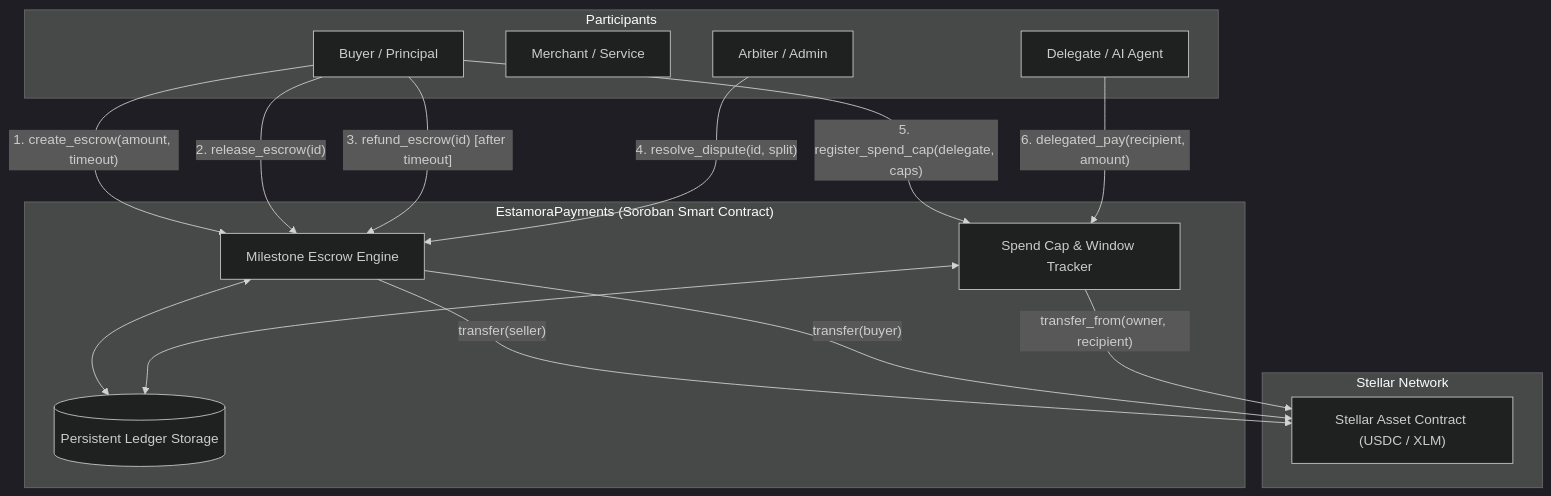
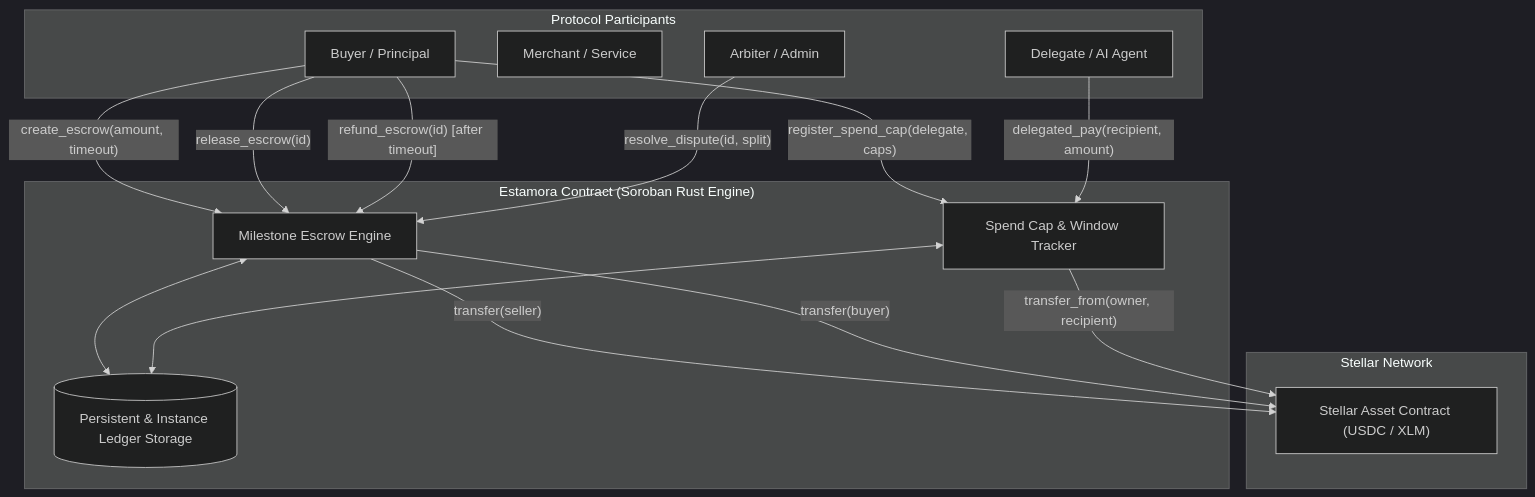
One commit to Estamora-Soroban-Layers/estamora-contracts changed the diagram in README.md. Above: the diagram before and after it, drawn with Mermaid (dark theme). The commit also changed other lines of this file and 2 other files, not shown here.

Commit message:
docs: add product operational screenshots and expand detailed architecture in README

````diff
--- a/README.md
+++ b/README.md
@@ -31,32 +47,32 @@
 ```mermaid
 flowchart TD
-    subgraph Users["Participants"]
+    subgraph Users["Protocol Participants"]
         Buyer["Buyer / Principal"]
         Seller["Merchant / Service"]
         Agent["Delegate / AI Agent"]
         Admin["Arbiter / Admin"]
     end
 
-    subgraph Contract["EstamoraPayments (Soroban Smart Contract)"]
+    subgraph Contract["Estamora Contract (Soroban Rust Engine)"]
         EscrowEngine["Milestone Escrow Engine"]
         SpendCapEngine["Spend Cap & Window Tracker"]
-        Storage[("Persistent Ledger Storage")]
+        Storage[("Persistent & Instance Ledger Storage")]
     end
 
     subgraph Stellar["Stellar Network"]
         SAC["Stellar Asset Contract (USDC / XLM)"]
     end
 
-    Buyer -->|"1. create_escrow(amount, timeout)"| EscrowEngine
-    Buyer -->|"2. release_escrow(id)"| EscrowEngine
-    Buyer -->|"3. refund_escrow(id) [after timeout]"| EscrowEngine
-    Admin -->|"4. resolve_dispute(id, split)"| EscrowEngine
-    Buyer -->|"5. register_spend_cap(delegate, caps)"| SpendCapEngine
-    Agent -->|"6. delegated_pay(recipient, amount)"| SpendCapEngine
+    Buyer -->|"create_escrow(amount, timeout)"| EscrowEngine
+    Buyer -->|"release_escrow(id)"| EscrowEngine
+    Buyer -->|"refund_escrow(id) [after timeout]"| EscrowEngine
+    Admin -->|"resolve_dispute(id, split)"| EscrowEngine
+    Buyer -->|"register_spend_cap(delegate, caps)"| SpendCapEngine
+    Agent -->|"delegated_pay(recipient, amount)"| SpendCapEngine
 
     EscrowEngine -->|"transfer(seller)"| SAC
     EscrowEngine -->|"transfer(buyer)"| SAC
     SpendCapEngine -->|"transfer_from(owner, recipient)"| SAC
     EscrowEngine <--> Storage
     SpendCapEngine <--> Storage
 ```
````
